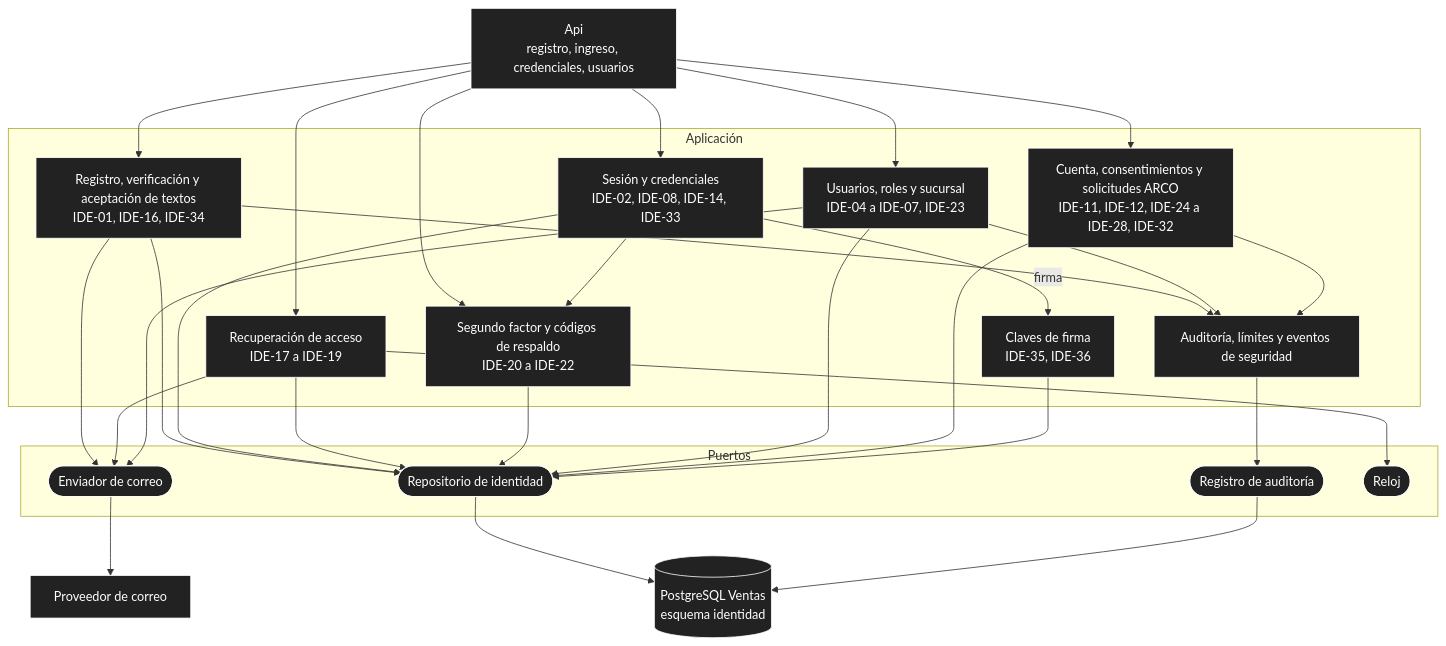
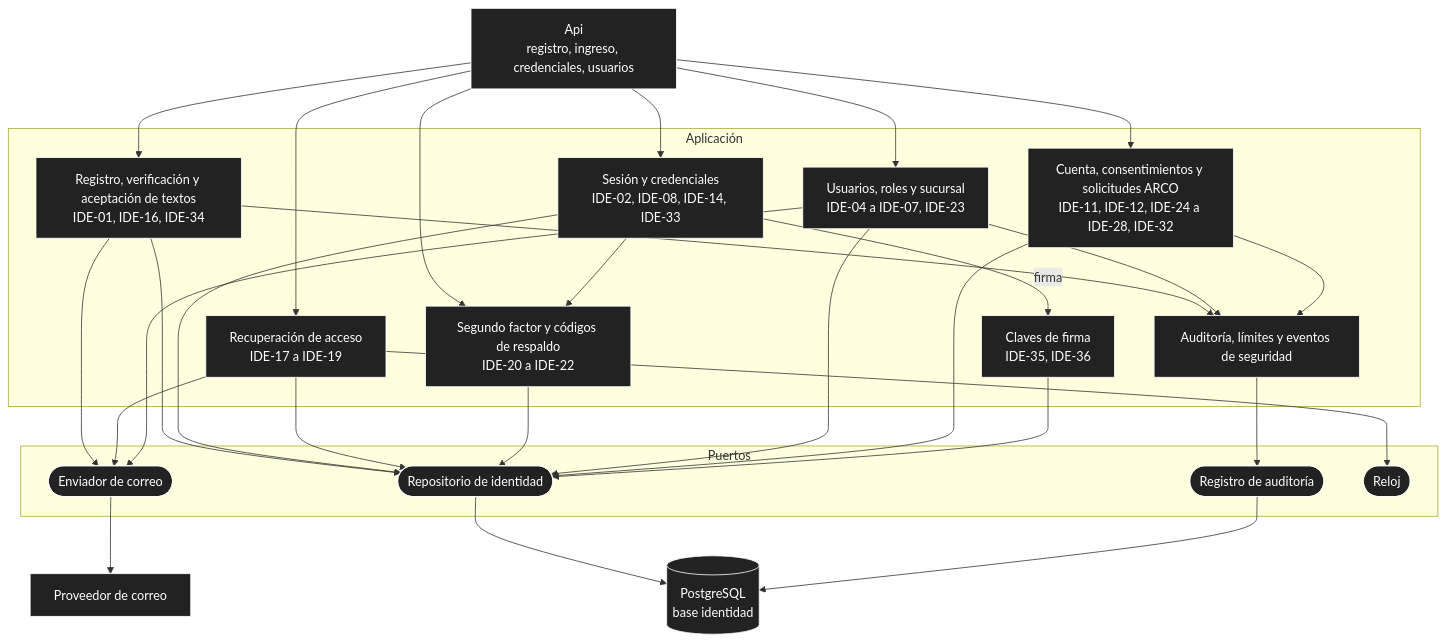
The third of 5 diagrams in docs/04-modelo-c4/02-componentes.md (P35C4D0R4B1050/BabelHub), drawn with Mermaid before and after one commit. The commit also changed other lines of this file and 24 other files, not shown here.

````diff
--- a/docs/04-modelo-c4/02-componentes.md
+++ b/docs/04-modelo-c4/02-componentes.md
@@ -183,55 +183,55 @@
 ```mermaid
 flowchart TD
 API["Api<br/>registro, ingreso, credenciales, usuarios"]
 
 subgraph APL["Aplicación"]
 REG["Registro, verificación y aceptación de textos<br/>IDE-01, IDE-16, IDE-34"]
 SES["Sesión y credenciales<br/>IDE-02, IDE-08, IDE-14, IDE-33"]
 REC["Recuperación de acceso<br/>IDE-17 a IDE-19"]
 MFA["Segundo factor y códigos de respaldo<br/>IDE-20 a IDE-22"]
 USU["Usuarios, roles y sucursal<br/>IDE-04 a IDE-07, IDE-23"]
 CTA["Cuenta, consentimientos y solicitudes ARCO<br/>IDE-11, IDE-12, IDE-24 a IDE-28, IDE-32"]
 CLA["Claves de firma<br/>IDE-35, IDE-36"]
 AUD["Auditoría, límites y eventos de seguridad"]
 end
 
 subgraph PUE["Puertos"]
 PR(["Repositorio de identidad"])
 PM(["Enviador de correo"])
 PA(["Registro de auditoría"])
 PT(["Reloj"])
 end
 
-DB[("PostgreSQL Ventas<br/>esquema identidad")]
+DB[("PostgreSQL<br/>base identidad")]
 COR["Proveedor de correo"]
 
 API --> REG
 API --> SES
 API --> REC
 API --> MFA
 API --> USU
 API --> CTA
 SES -->|"firma"| CLA
 SES --> MFA
 REG --> PM
 REC --> PM
 USU --> PM
 REG --> PR
 SES --> PR
 REC --> PR
 MFA --> PR
 USU --> PR
 CTA --> PR
 CLA --> PR
 REG --> AUD
 USU --> AUD
 CTA --> AUD
 AUD --> PA
 PR --> DB
 PA --> DB
 PM --> COR
 REC --> PT
 
 classDef n fill:#222,stroke:#fff,color:#fff
 class API,REG,SES,REC,MFA,USU,CTA,CLA,AUD,PR,PM,PA,PT,DB,COR n
 ```
````
